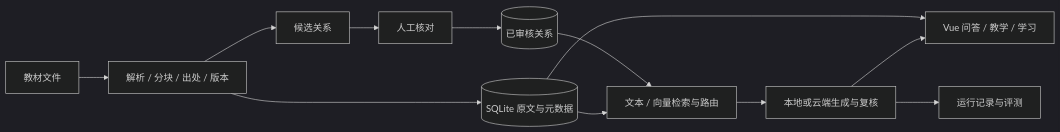
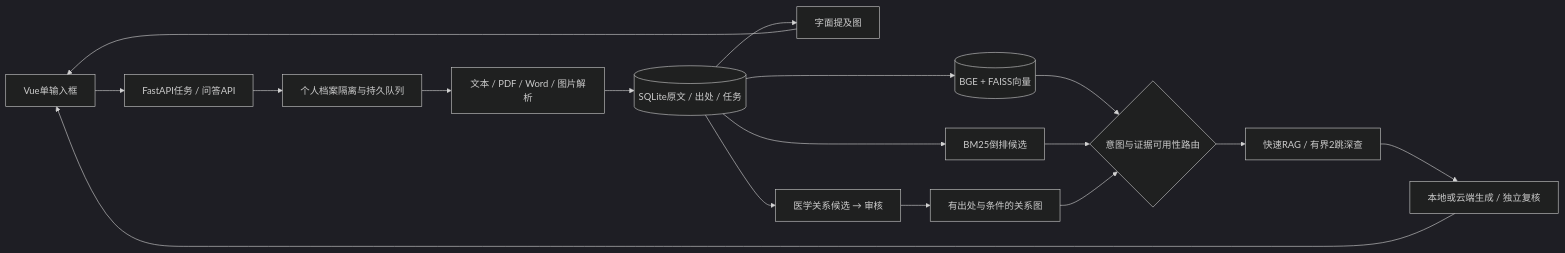
The second of 2 diagrams in README.md (hvqo/MediGraphRAG), drawn with Mermaid (dark theme) before and after one commit. The commit also changed other lines of this file and 60 other files, not shown here.

````diff
--- a/README.md
+++ b/README.md
@@ -143,14 +99,19 @@
 ```mermaid
 flowchart LR
-  D[教材文件] --> P[解析 / 分块 / 出处 / 版本]
-  P --> S[(SQLite 原文与元数据)]
-  P --> C[候选关系]
-  C --> H[人工核对]
-  H --> K[(已审核关系)]
-  S --> R[文本 / 向量检索与路由]
+  V[Vue单输入框] --> O[FastAPI任务 / 问答API]
+  O --> P[个人档案隔离与持久队列]
+  P --> D[文本 / PDF / Word / 图片解析]
+  D --> S[(SQLite原文 / 出处 / 任务)]
+  S --> E[(BGE + FAISS向量)]
+  S --> L[BM25倒排候选]
+  S --> M[字面提及图]
+  S --> C[医学关系候选 → 审核]
+  C --> K[有出处与条件的关系图]
+  E --> R{意图与证据可用性路由}
+  L --> R
   K --> R
-  R --> L[本地或云端生成与复核]
-  L --> U[Vue 问答 / 教学 / 学习]
-  S --> U
-  L --> T[运行记录与评测]
+  R --> F[快速RAG / 有界2跳深查]
+  F --> G[本地或云端生成 / 独立复核]
+  G --> V
+  M --> V
 ```
````
